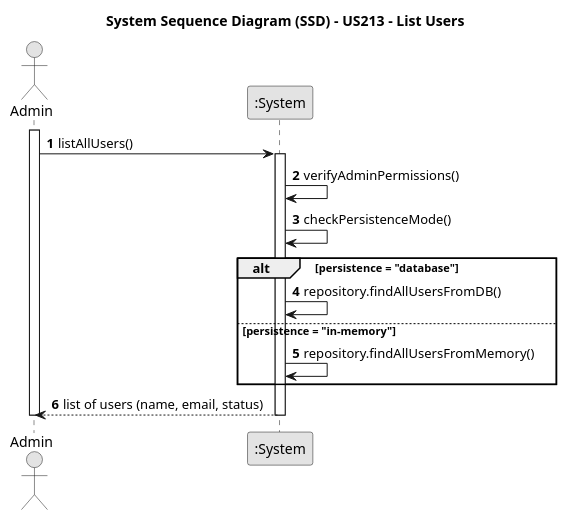
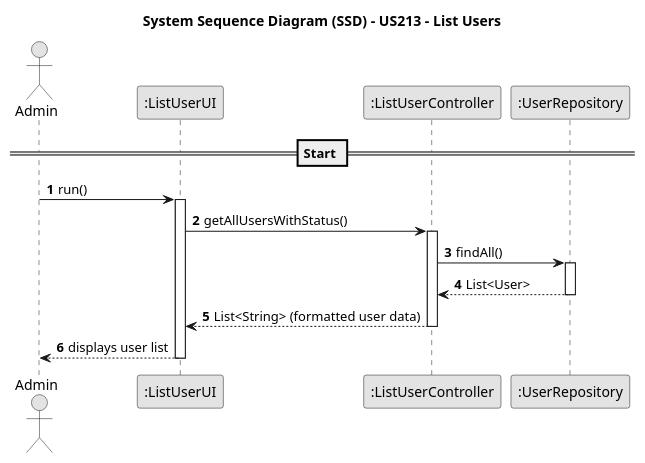
The diagram in docs/planning/sprint2/EAPLI/US213 - List Users/01.requirements-engineering/puml/us213-sequence-diagram.puml (SAEmanuel/Shodrone_ISEP), drawn with PlantUML before and after one commit. The commit also changed 9 other files, not shown here.

```diff
--- a/docs/planning/sprint2/EAPLI/US213 - List Users/01.requirements-engineering/puml/us213-sequence-diagram.puml
+++ b/docs/planning/sprint2/EAPLI/US213 - List Users/01.requirements-engineering/puml/us213-sequence-diagram.puml
@@ -1,32 +1,35 @@
 @startuml
 skinparam monochrome true
 skinparam packageStyle rectangle
 skinparam shadowing false
 
 title System Sequence Diagram (SSD) - US213 - List Users
 
 autonumber
 
 actor "Admin" as Admin
-participant ":System" as System
+participant ":ListUserUI" as UI
+participant ":ListUserController" as Controller
+participant ":UserRepository" as Repo
 
-activate Admin
+== Start ==
 
-    Admin -> System : listAllUsers()
-    activate System
+Admin -> UI : run()
+activate UI
 
-        System -> System : verifyAdminPermissions()
-        System -> System : checkPersistenceMode()
+UI -> Controller : getAllUsersWithStatus()
+activate Controller
 
-        alt persistence = "database"
-            System -> System : repository.findAllUsersFromDB()
-        else persistence = "in-memory"
-            System -> System : repository.findAllUsersFromMemory()
-        end
+Controller -> Repo : findAll()
+activate Repo
+Repo --> Controller : List<User>
+deactivate Repo
 
-        System --> Admin : list of users (name, email, status)
+Controller --> UI : List<String> (formatted user data)
+deactivate Controller
 
-    deactivate System
+UI --> Admin : displays user list
+deactivate UI
 
 deactivate Admin
 @enduml
```
